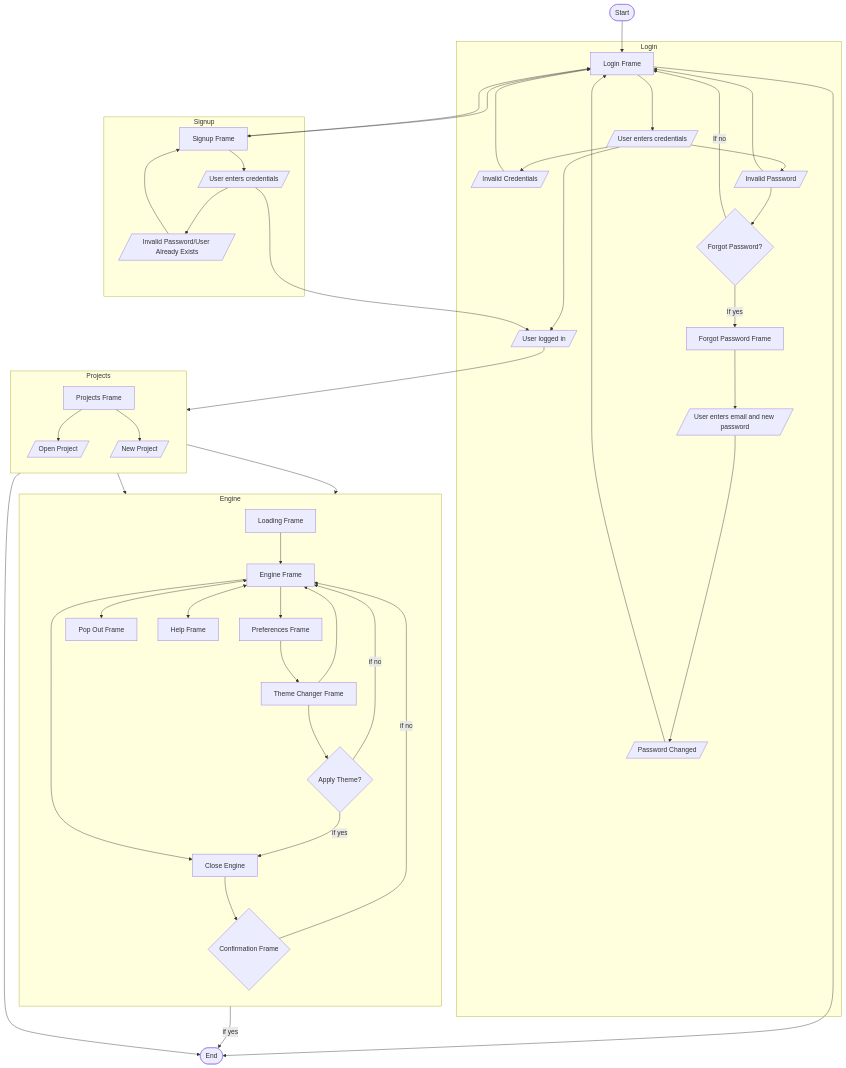
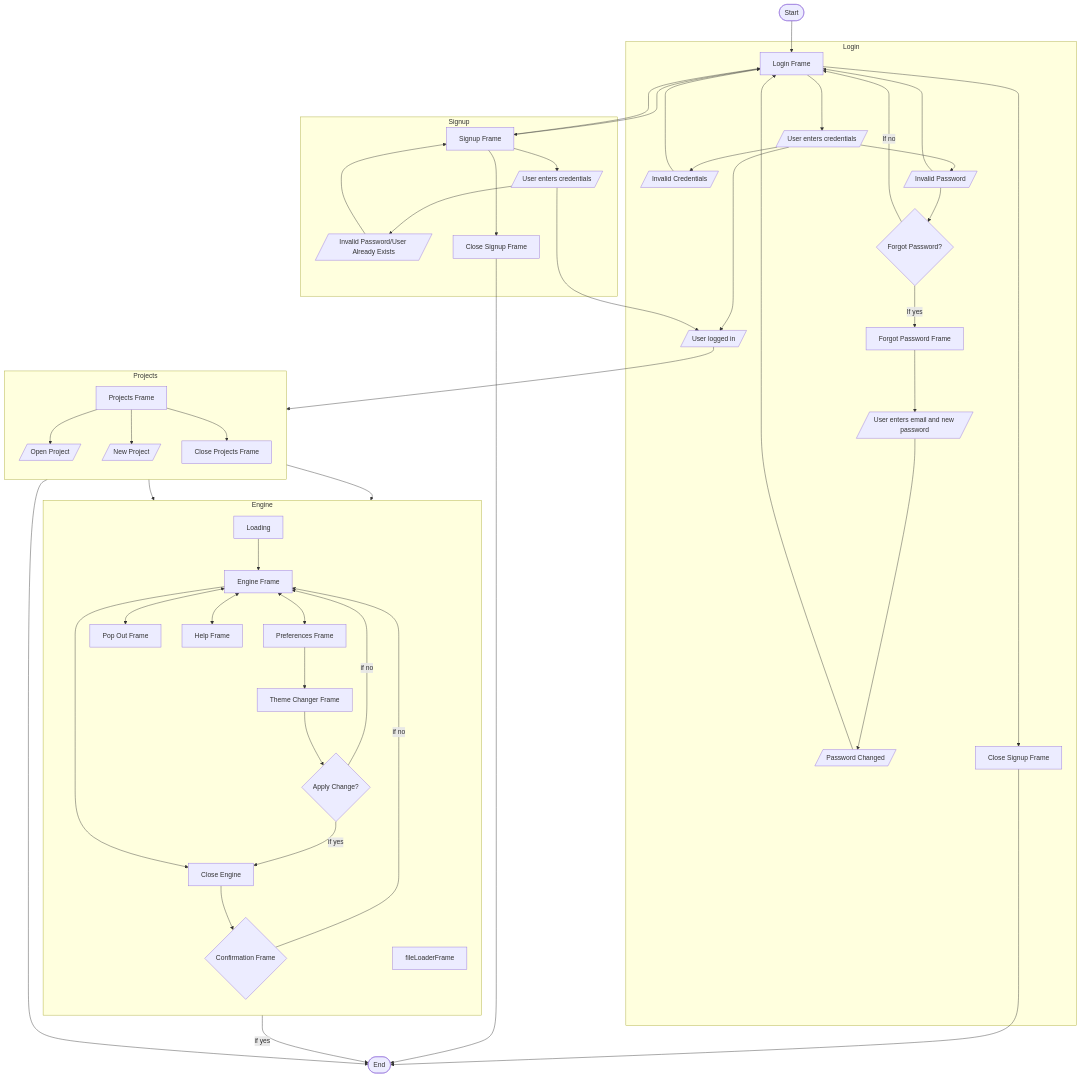
One commit to yetnt/j3engine changed the diagram in documents/flowchart.md. Above: the diagram before and after it, drawn with Mermaid. The commit also changed 39 other files, not shown here.

````diff
--- a/documents/flowchart.md
+++ b/documents/flowchart.md
@@ -9,69 +9,73 @@
 ```mermaid
 flowchart TD;
 
 St([Start]) --> showL[Login Frame]
 End([End])
 
 subgraph Login
 showL ---> userEnter[/User enters credentials/]
 userEnter --> st[/User logged in/]
 userEnter --> ic[/Invalid Credentials/] --> showL
 userEnter --> ip[/Invalid Password/] --> showL
 ip --> fp{Forgot Password?}
 fp -->|If no| showL
 fp -->|If yes| fpp[Forgot Password Frame]
 fpp --> fppCred[/User enters email and new password/]
 fppCred --> fppc[/Password Changed/]
 fppc --> showL
+showL -->closeL[Close Signup Frame]
 end
 
 subgraph Signup
 showL ---> showS[Signup Frame]
 showS ---> showL
 showS --> userCS[/User enters credentials/]
 userCS --> ipU[/Invalid Password/User Already Exists/]
 ipU --> showS
 userCS ---> st
+showS --> closeS[Close Signup Frame]
 end
 
 subgraph Projects
 direction TB
 projects --> of[/Open Project/]
 projects --> np[/New Project/]
+projects --> closeP[Close Projects Frame]
 end
 
 
 subgraph Engine
 direction TB
 
 engine[Engine Frame]
-loading[Loading Frame]
+loading[Loading]
 ays{Confirmation Frame}
 preferences[Preferences Frame]
 themeChanger[Theme Changer Frame]
-applyTheme{Apply Theme?}
+applyTheme{Apply Change?}
 popOutFrame[Pop Out Frame]
 closeEngine[Close Engine]
 helpFrame[Help Frame]
+fileLoaderFrame
 
 of --> loading --> engine
 np --> engine
 
-engine --> preferences
+engine <--> preferences
 preferences --> themeChanger
-themeChanger --> engine
 engine <--> popOutFrame
 closeEngine --> ays
 engine --> closeEngine
 themeChanger --> applyTheme
 applyTheme -->|if yes| closeEngine
 applyTheme -->|if no| engine
 engine <--> helpFrame
 
 end
 st --> projects[Projects Frame]
 ays -->|if yes| End
 ays -->|if no| engine
-projects ---> End
-showL --> End
+closeP --> End
+closeL --> End
+closeS --> End
 ```
````
